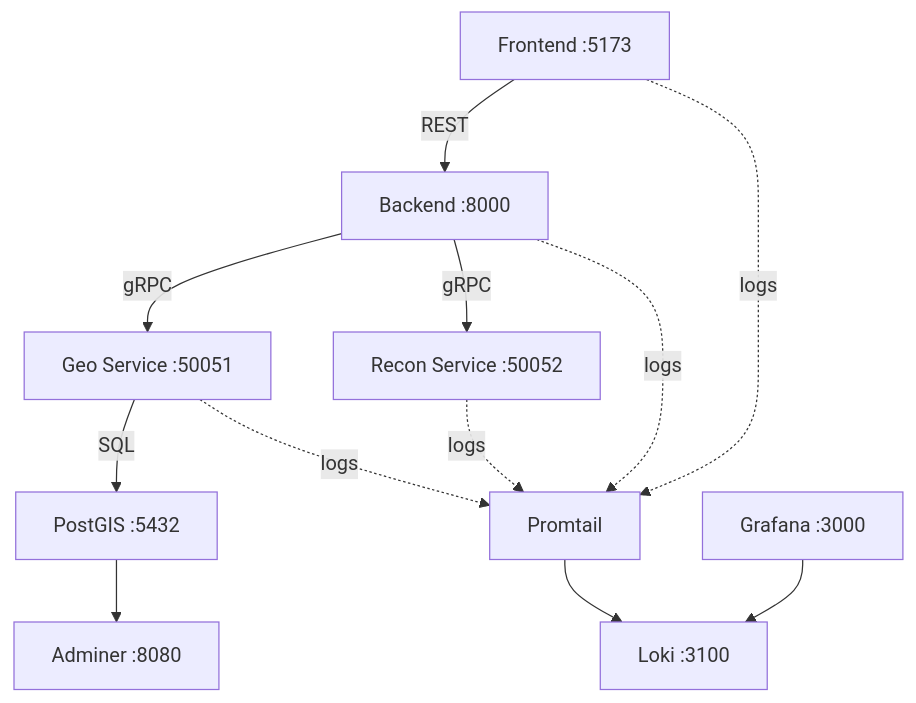
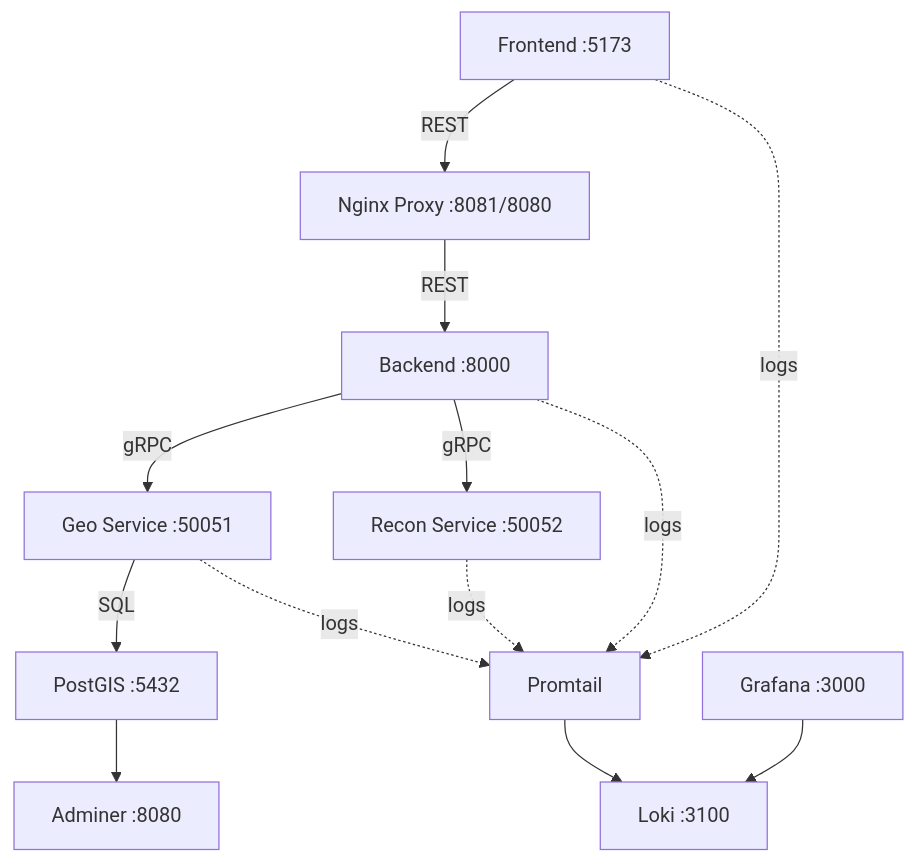
One commit to memlocator/pointr changed the diagram in README.md. Above: the diagram before and after it, drawn with Mermaid. The commit also changed other lines of this file, not shown here.

Commit message:
Update README for proxy and deployment docs

````diff
--- a/README.md
+++ b/README.md
@@ -57,14 +59,15 @@
 ```mermaid
 graph TD
-  FE[Frontend :5173] -->|REST| BE[Backend :8000]
+  FE[Frontend :5173] -->|REST| NGX[Nginx Proxy :8081/8080]
+  NGX -->|REST| BE[Backend :8000]
   BE -->|gRPC| GEO[Geo Service :50051]
   BE -->|gRPC| RECON[Recon Service :50052]
   GEO -->|SQL| PG[PostGIS :5432]
   PG --> ADMINER[Adminer :8080]
   FE -. logs .-> PROMTAIL[Promtail]
   BE -. logs .-> PROMTAIL
   GEO -. logs .-> PROMTAIL
   RECON -. logs .-> PROMTAIL
   PROMTAIL --> LOKI[Loki :3100]
   GRAFANA[Grafana :3000] --> LOKI
 ```
````
